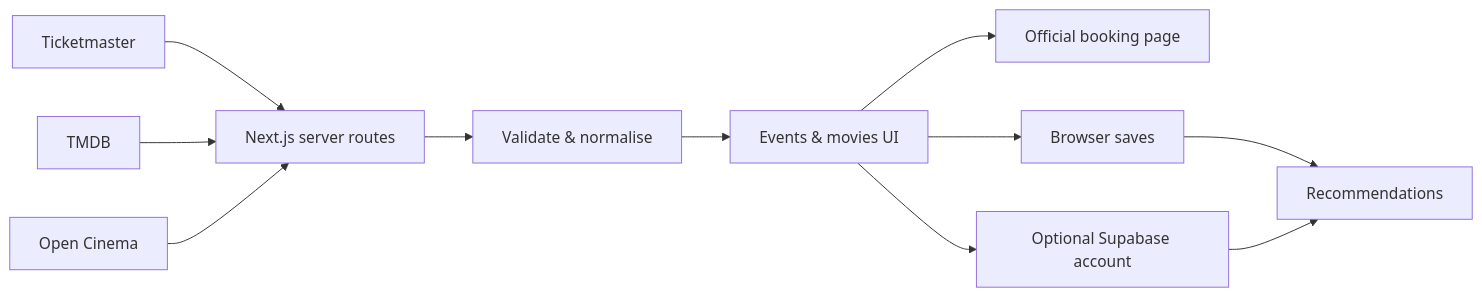
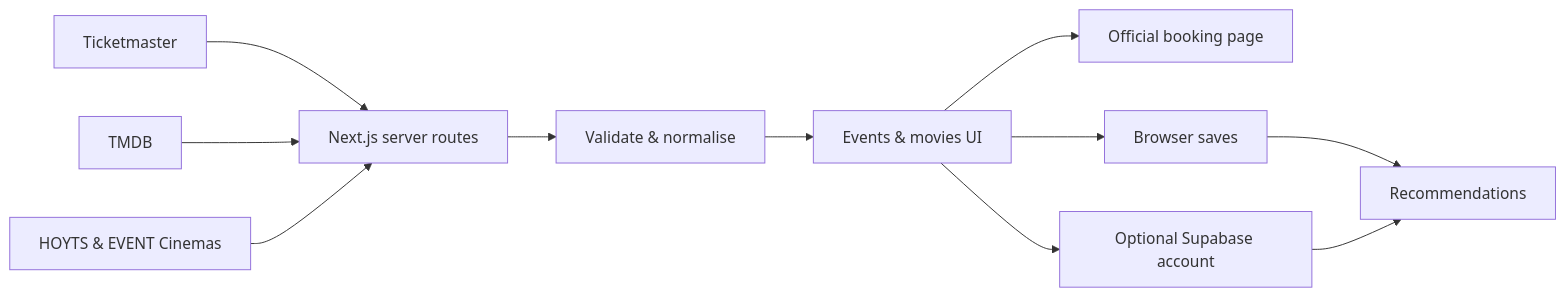
The diagram in README.md (hannnnnnnny/kiwicue), drawn with Mermaid before and after one commit. The commit also changed other lines of this file and 31 other files, not shown here.

First line of the commit message:
feat(movies): live HOYTS and EVENT Cinemas sessions with ticket prices

````diff
--- a/README.md
+++ b/README.md
@@ -65,13 +65,13 @@
 ```mermaid
 flowchart LR
     A[Ticketmaster] --> D[Next.js server routes]
     B[TMDB] --> D
-    C[Open Cinema] --> D
+    C[HOYTS & EVENT Cinemas] --> D
     D --> E[Validate & normalise]
     E --> F[Events & movies UI]
     F --> G[Official booking page]
     F --> H[Browser saves]
     F --> J[Optional Supabase account]
     H --> I[Recommendations]
     J --> I
 ```
````
